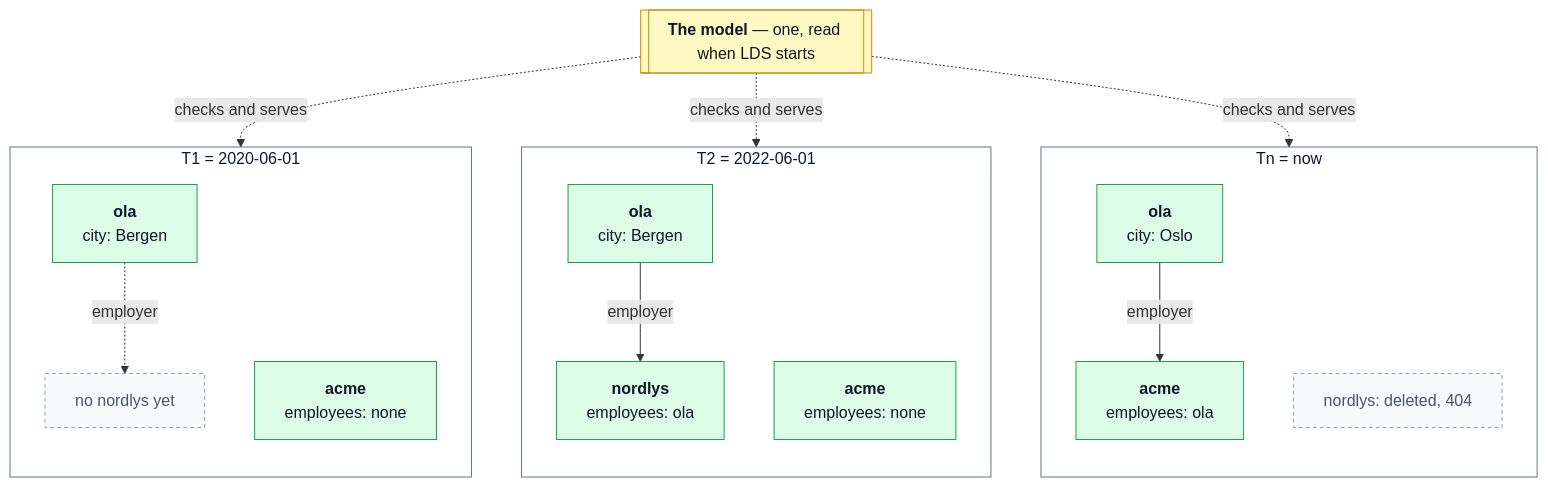
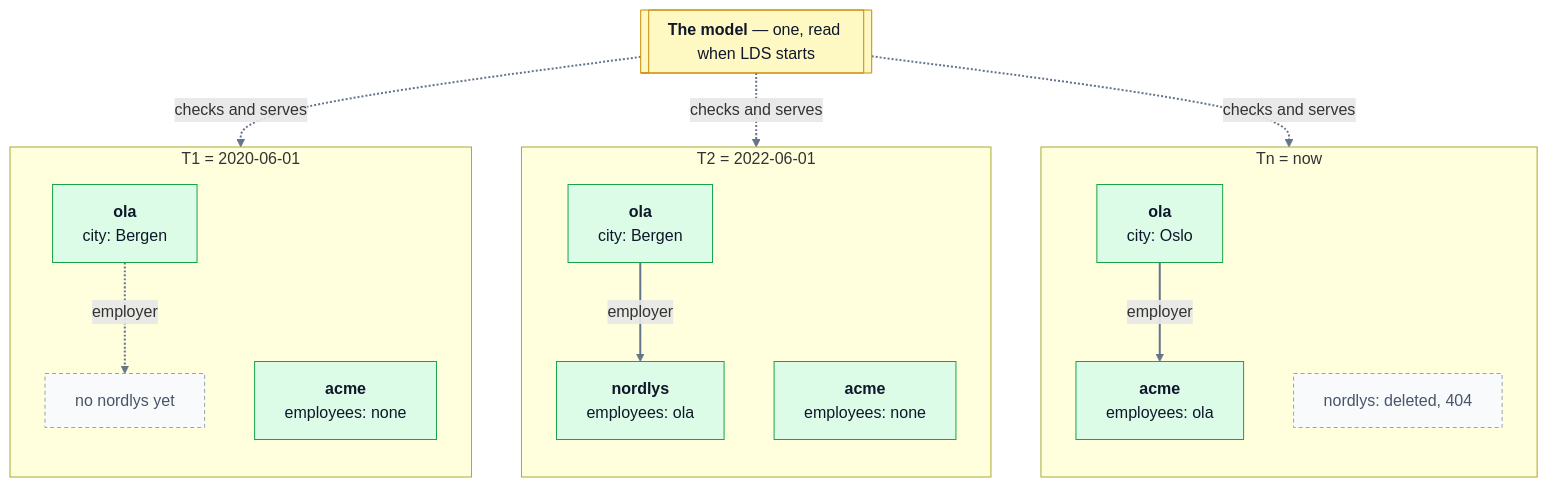
One commit to descoped/linked-data-store-project changed the eighth of 9 diagrams in docs/user/concepts.md. Above: the diagram before and after it, drawn with Mermaid. The commit also changed other lines of this file and 1 other file, not shown here.

````diff
--- a/docs/user/concepts.md
+++ b/docs/user/concepts.md
@@ -647,34 +652,32 @@
 ```mermaid
 flowchart TB
     model[["<b>The model</b> — one, read when LDS starts"]]
     subgraph T1["T1 = 2020-06-01"]
         direction TB
         ola1["<b>ola</b><br/>city: Bergen"]:::doc
         none1["no nordlys yet"]:::gone
         acme1["<b>acme</b><br/>employees: none"]:::doc
         ola1 -. employer .-> none1
     end
     subgraph T2["T2 = 2022-06-01"]
         direction TB
         ola2["<b>ola</b><br/>city: Bergen"]:::doc
         nordlys2["<b>nordlys</b><br/>employees: ola"]:::doc
         acme2["<b>acme</b><br/>employees: none"]:::doc
         ola2 -- employer --> nordlys2
     end
     subgraph Tn["Tn = now"]
         direction TB
         ola3["<b>ola</b><br/>city: Oslo"]:::doc
         acme3["<b>acme</b><br/>employees: ola"]:::doc
         nordlys3["nordlys: deleted, 404"]:::gone
         ola3 -- employer --> acme3
     end
     model -. checks and serves .-> T1
     model -. checks and serves .-> T2
     model -. checks and serves .-> Tn
     classDef doc fill:#dcfce7,stroke:#16a34a,color:#0f172a
     classDef gone fill:#f8fafc,stroke:#94a3b8,color:#475569,stroke-dasharray: 4 3
     style model fill:#fef9c3,stroke:#ca8a04,color:#0f172a
-    style T1 fill:#ffffff,stroke:#64748b,color:#0f172a
-    style T2 fill:#ffffff,stroke:#64748b,color:#0f172a
-    style Tn fill:#ffffff,stroke:#64748b,color:#0f172a
+    linkStyle default stroke:#64748b,stroke-width:2px
 ```
````
